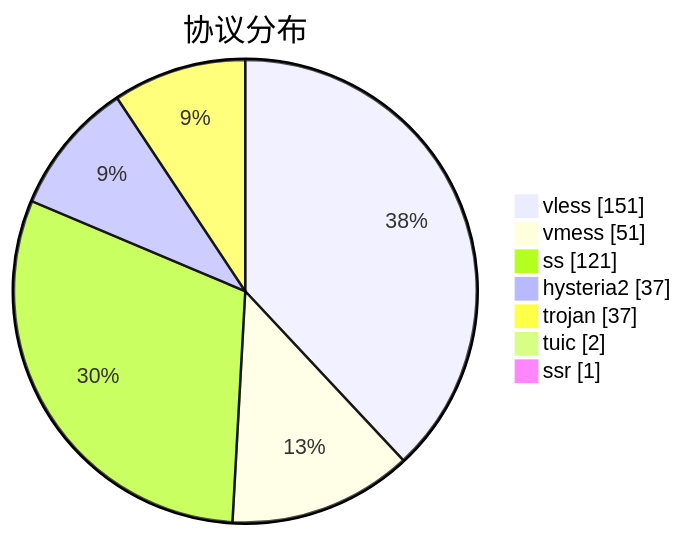
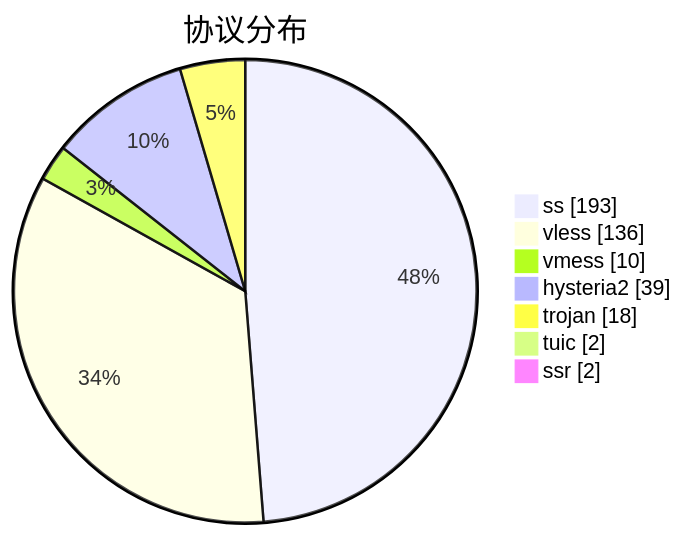
Before and after one commit to qjlxg/airport: the third of 3 diagrams in subs/statistics/tested_within.md, drawn with Mermaid. The commit also changed other lines of this file and 2 other files, not shown here.

````diff
--- a/subs/statistics/tested_within.md
+++ b/subs/statistics/tested_within.md
@@ -34,11 +37,11 @@
 ```mermaid
 pie showData
 title 协议分布
-"vless" : 151
-"vmess" : 51
-"ss" : 121
-"hysteria2" : 37
-"trojan" : 37
+"ss" : 193
+"vless" : 136
+"vmess" : 10
+"hysteria2" : 39
+"trojan" : 18
 "tuic" : 2
-"ssr" : 1
+"ssr" : 2
 ```
````
